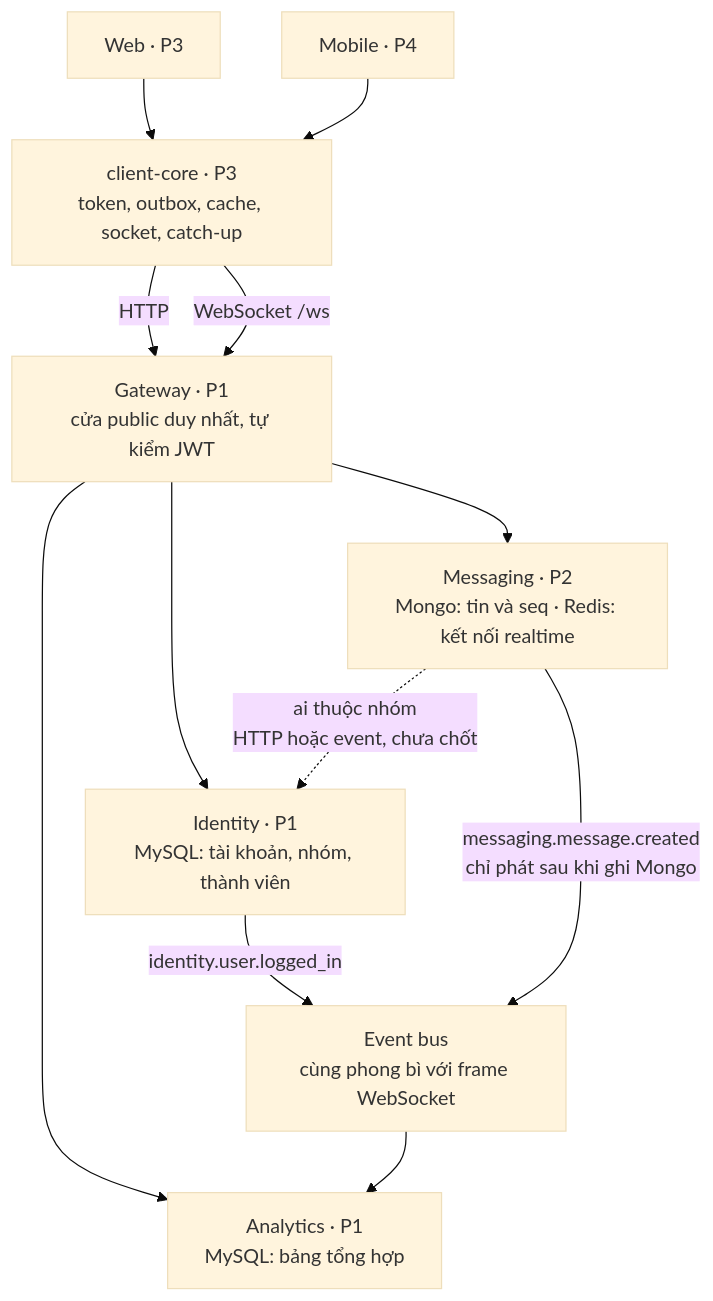
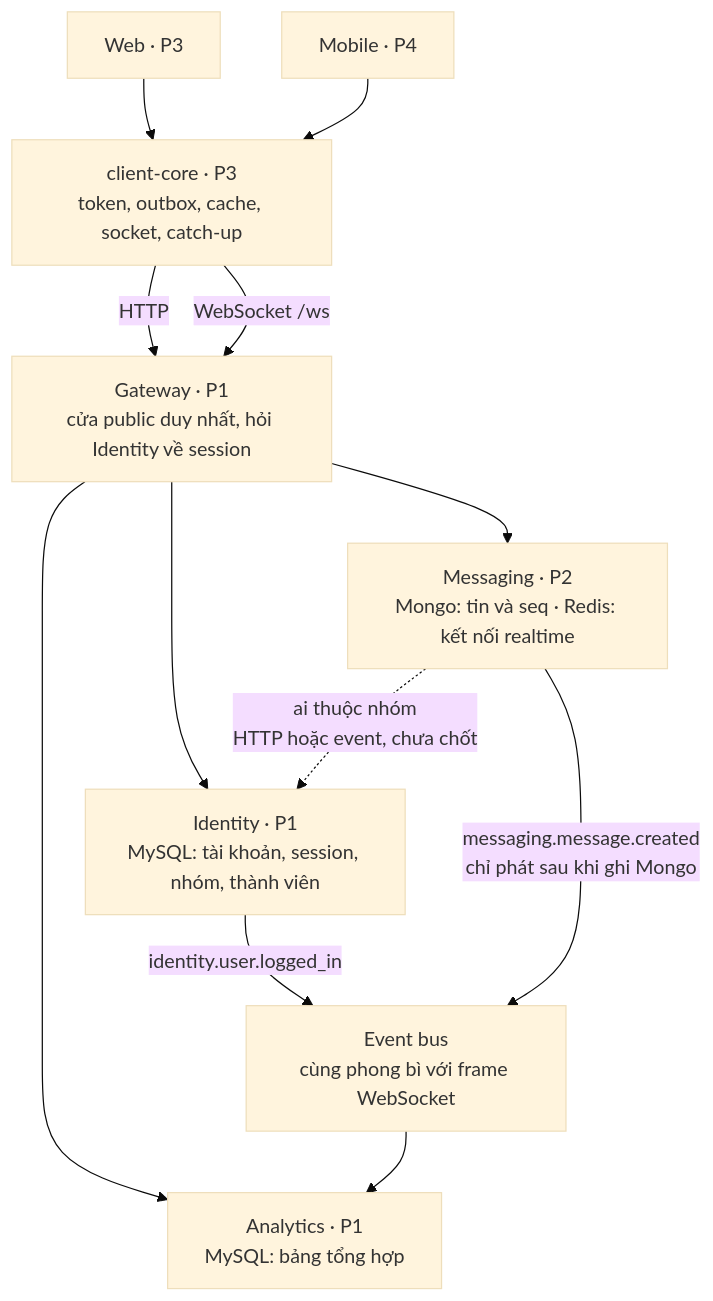
The diagram in doc/timeline.md (nanangn57/haloZalo), drawn with Mermaid (base theme) before and after one commit. The commit also changed other lines of this file and 30 other files, not shown here.

First line of the commit message:
Add Identity register and login with opaque session tokens.

````diff
--- a/doc/timeline.md
+++ b/doc/timeline.md
@@ -13,27 +13,27 @@
 ```mermaid
 flowchart TB
   web["Web · P3"]
   mobile["Mobile · P4"]
   core["client-core · P3<br/>token, outbox, cache, socket, catch-up"]
   web --> core
   mobile --> core
 
-  gw["Gateway · P1<br/>cửa public duy nhất, tự kiểm JWT"]
+  gw["Gateway · P1<br/>cửa public duy nhất, hỏi Identity về session"]
   core -->|"HTTP"| gw
   core -->|"WebSocket /ws"| gw
 
-  id["Identity · P1<br/>MySQL: tài khoản, nhóm, thành viên"]
+  id["Identity · P1<br/>MySQL: tài khoản, session, nhóm, thành viên"]
   msg["Messaging · P2<br/>Mongo: tin và seq · Redis: kết nối realtime"]
   an["Analytics · P1<br/>MySQL: bảng tổng hợp"]
 
   gw --> id
   gw --> msg
   gw --> an
 
   bus["Event bus<br/>cùng phong bì với frame WebSocket"]
   id -->|"identity.user.logged_in"| bus
   msg -->|"messaging.message.created<br/>chỉ phát sau khi ghi Mongo"| bus
   bus --> an
 
   msg -.->|"ai thuộc nhóm<br/>HTTP hoặc event, chưa chốt"| id
 ```
````
